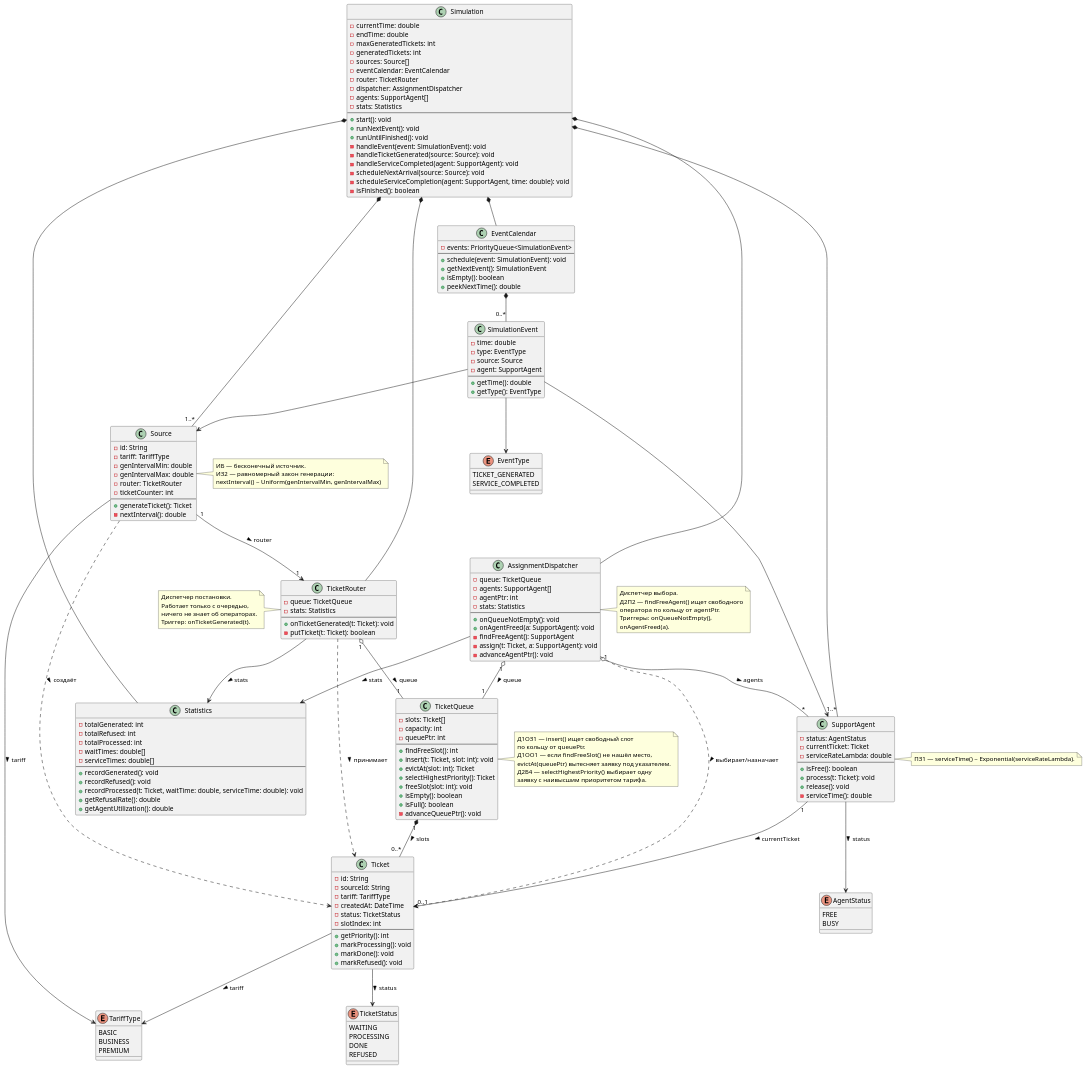
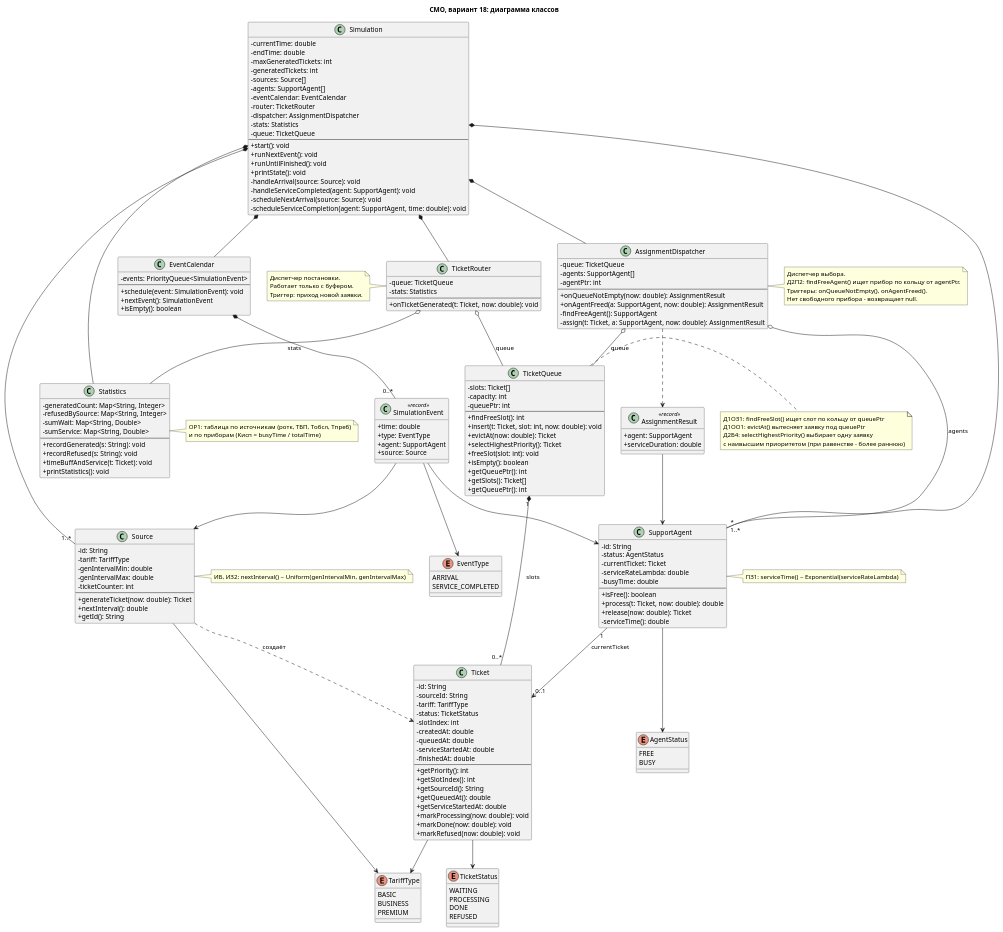
One commit to nepolx/APS changed the diagram in step2/class/СМО_вариант18_классы.puml. Above: the diagram before and after it, drawn with PlantUML. The commit also changed 12 other files, not shown here.

```diff
--- a/step2/class/СМО_вариант18_классы.puml
+++ b/step2/class/СМО_вариант18_классы.puml
@@ -1,5 +1,6 @@
 @startuml
-
+title СМО, вариант 18: диаграмма классов
+skinparam classAttributeIconSize 0
 
 enum TariffType {
   BASIC
@@ -19,35 +20,45 @@
   BUSY
 }
 
+enum EventType {
+  ARRIVAL
+  SERVICE_COMPLETED
+}
+
 class Source {
   - id: String
   - tariff: TariffType
   - genIntervalMin: double
   - genIntervalMax: double
-  - router: TicketRouter
   - ticketCounter: int
   --
-  + generateTicket(): Ticket
-  - nextInterval(): double
+  + generateTicket(now: double): Ticket
+  + nextInterval(): double
+  + getId(): String
 }
 note right of Source
-  ИБ — бесконечный источник.
-  ИЗ2 — равномерный закон генерации:
-  nextInterval() ~ Uniform(genIntervalMin, genIntervalMax)
+  ИБ, ИЗ2: nextInterval() ~ Uniform(genIntervalMin, genIntervalMax)
 end note
 
 class Ticket {
   - id: String
   - sourceId: String
   - tariff: TariffType
-  - createdAt: DateTime
   - status: TicketStatus
   - slotIndex: int
+  - createdAt: double
+  - queuedAt: double
+  - serviceStartedAt: double
+  - finishedAt: double
   --
   + getPriority(): int
-  + markProcessing(): void
-  + markDone(): void
-  + markRefused(): void
+  + getSlotIndex(): int
+  + getSourceId(): String
+  + getQueuedAt(): double
+  + getServiceStartedAt: double
+  + markProcessing(now: double): void
+  + markDone(now: double): void
+  + markRefused(now: double): void
 }
 
 class TicketQueue {
@@ -56,88 +67,101 @@
   - queuePtr: int
   --
   + findFreeSlot(): int
-  + insert(t: Ticket, slot: int): void
-  + evictAt(slot: int): Ticket
+  + insert(t: Ticket, slot: int, now: double): void
+  + evictAt(now: double): Ticket
   + selectHighestPriority(): Ticket
   + freeSlot(slot: int): void
   + isEmpty(): boolean
-  + isFull(): boolean
-  - advanceQueuePtr(): void
+  + getQueuePtr(): int
+  + getSlots(): Ticket[]
+  + getQueuePtr(): int
 }
 note right of TicketQueue
-  Д1ОЗ1 — insert() ищет свободный слот
-  по кольцу от queuePtr.
-  Д1ОО1 — если findFreeSlot() не нашёл место,
-  evictAt(queuePtr) вытесняет заявку под указателем.
-  Д2Б4 — selectHighestPriority() выбирает одну
-  заявку с наивысшим приоритетом тарифа.
+  Д1ОЗ1: findFreeSlot() ищет слот по кольцу от queuePtr
+  Д1ОО1: evictAt() вытесняет заявку под queuePtr
+  Д2Б4: selectHighestPriority() выбирает одну заявку
+  с наивысшим приоритетом (при равенстве - более раннюю)
 end note
 
 class TicketRouter {
   - queue: TicketQueue
   - stats: Statistics
   --
-  + onTicketGenerated(t: Ticket): void
-  - putTicket(t: Ticket): boolean
+  + onTicketGenerated(t: Ticket, now: double): void
 }
 note left of TicketRouter
   Диспетчер постановки.
-  Работает только с очередью,
-  ничего не знает об операторах.
-  Триггер: onTicketGenerated(t).
+  Работает только с буфером.
+  Триггер: приход новой заявки.
 end note
 
 class AssignmentDispatcher {
   - queue: TicketQueue
   - agents: SupportAgent[]
   - agentPtr: int
-  - stats: Statistics
   --
-  + onQueueNotEmpty(): void
-  + onAgentFreed(a: SupportAgent): void
+  + onQueueNotEmpty(now: double): AssignmentResult
+  + onAgentFreed(a: SupportAgent, now: double): AssignmentResult
   - findFreeAgent(): SupportAgent
-  - assign(t: Ticket, a: SupportAgent): void
-  - advanceAgentPtr(): void
+  - assign(t: Ticket, a: SupportAgent, now: double): AssignmentResult
 }
 note right of AssignmentDispatcher
   Диспетчер выбора.
-  Д2П2 — findFreeAgent() ищет свободного
-  оператора по кольцу от agentPtr.
-  Триггеры: onQueueNotEmpty(),
-  onAgentFreed(a).
+  Д2П2: findFreeAgent() ищет прибор по кольцу от agentPtr.
+  Триггеры: onQueueNotEmpty(), onAgentFreed().
+  Нет свободного прибора - возвращает null.
 end note
 
+class AssignmentResult <<record>> {
+  + agent: SupportAgent
+  + serviceDuration: double
+}
+
 class SupportAgent {
+  - id: String
   - status: AgentStatus
   - currentTicket: Ticket
   - serviceRateLambda: double
+  - busyTime: double
   --
   + isFree(): boolean
-  + process(t: Ticket): void
-  + release(): void
+  + process(t: Ticket, now: double): double
+  + release(now: double): Ticket
   - serviceTime(): double
 }
 note right of SupportAgent
-  ПЗ1 — serviceTime() ~ Exponential(serviceRateLambda).
+  ПЗ1: serviceTime() ~ Exponential(serviceRateLambda)
 end note
 
 class Statistics {
-  - totalGenerated: int
-  - totalRefused: int
-  - totalProcessed: int
-  - waitTimes: double[]
-  - serviceTimes: double[]
+  - generatedCount: Map<String, Integer>
+  - refusedBySource: Map<String, Integer>
+  - sumWait: Map<String, Double>
+  - sumService: Map<String, Double>
   --
-  + recordGenerated(): void
-  + recordRefused(): void
-  + recordProcessed(t: Ticket, waitTime: double, serviceTime: double): void
-  + getRefusalRate(): double
-  + getAgentUtilization(): double
+  + recordGenerated(s: String): void
+  + recordRefused(s: String): void
+  + timeBuffAndService(t: Ticket): void
+  + printStatistics(): void
+}
+note right of Statistics
+  ОР1: таблица по источникам (pотк, TБП, Tобсл, Tпреб)
+  и по приборам (Kисп = busyTime / totalTime)
+end note
+
+class SimulationEvent <<record>> {
+  + time: double
+  + type: EventType
+  + agent: SupportAgent
+  + source: Source
 }
 
-enum EventType {
-  TICKET_GENERATED
-  SERVICE_COMPLETED
+class EventCalendar {
+  - events: PriorityQueue<SimulationEvent>
+  --
+  + schedule(event: SimulationEvent): void
+  + nextEvent(): SimulationEvent
+  + isEmpty(): boolean
 }
 
 class Simulation {
@@ -146,76 +170,50 @@
   - maxGeneratedTickets: int
   - generatedTickets: int
   - sources: Source[]
+  - agents: SupportAgent[]
   - eventCalendar: EventCalendar
   - router: TicketRouter
   - dispatcher: AssignmentDispatcher
-  - agents: SupportAgent[]
   - stats: Statistics
+  - queue: TicketQueue
   --
   + start(): void
   + runNextEvent(): void
   + runUntilFinished(): void
-  - handleEvent(event: SimulationEvent): void
-  - handleTicketGenerated(source: Source): void
+  + printState(): void
+  - handleArrival(source: Source): void
   - handleServiceCompleted(agent: SupportAgent): void
   - scheduleNextArrival(source: Source): void
   - scheduleServiceCompletion(agent: SupportAgent, time: double): void
-  - isFinished(): boolean
 }
-
-class EventCalendar {
-  - events: PriorityQueue<SimulationEvent>
-  --
-  + schedule(event: SimulationEvent): void
-  + getNextEvent(): SimulationEvent
-  + isEmpty(): boolean
-  + peekNextTime(): double
-}
-
-class SimulationEvent {
-  - time: double
-  - type: EventType
-  - source: Source
-  - agent: SupportAgent
-  --
-  + getTime(): double
-  + getType(): EventType
-}
-
-
-' связи
-
-Source "1" --> "1" TicketRouter : router >
-Source ..> Ticket : создаёт >
-
-TicketRouter "1" o-- "1" TicketQueue : queue >
-TicketRouter ..> Ticket : принимает >
-TicketRouter --> Statistics : stats >
-
-AssignmentDispatcher "1" o-- "1" TicketQueue : queue >
-AssignmentDispatcher "1" o-- "*" SupportAgent : agents >
-AssignmentDispatcher --> Statistics : stats >
-AssignmentDispatcher ..> Ticket : выбирает/назначает >
-
-TicketQueue "1" *-- "0..*" Ticket : slots >
-
-SupportAgent "1" --> "0..1" Ticket : currentTicket >
-
-Ticket --> TariffType : tariff >
-Ticket --> TicketStatus : status >
-Source --> TariffType : tariff >
-SupportAgent --> AgentStatus : status >
 
 Simulation *-- EventCalendar
 Simulation *-- "1..*" Source
+Simulation *-- "1..*" SupportAgent
 Simulation *-- TicketRouter
 Simulation *-- AssignmentDispatcher
-Simulation *-- "1..*" SupportAgent
 Simulation *-- Statistics
 
+TicketRouter o-- TicketQueue : queue
+TicketRouter o-- Statistics : stats
+
+AssignmentDispatcher o-- TicketQueue : queue
+AssignmentDispatcher o-- "*" SupportAgent : agents
+AssignmentDispatcher ..> AssignmentResult
+
+TicketQueue "1" *-- "0..*" Ticket : slots
+SupportAgent "1" --> "0..1" Ticket : currentTicket
+
+Source ..> Ticket : создаёт
 EventCalendar *-- "0..*" SimulationEvent
-SimulationEvent --> EventType
 SimulationEvent --> Source
 SimulationEvent --> SupportAgent
+SimulationEvent --> EventType
+AssignmentResult --> SupportAgent
+
+Ticket --> TariffType
+Ticket --> TicketStatus
+Source --> TariffType
+SupportAgent --> AgentStatus
 
 @enduml
```
